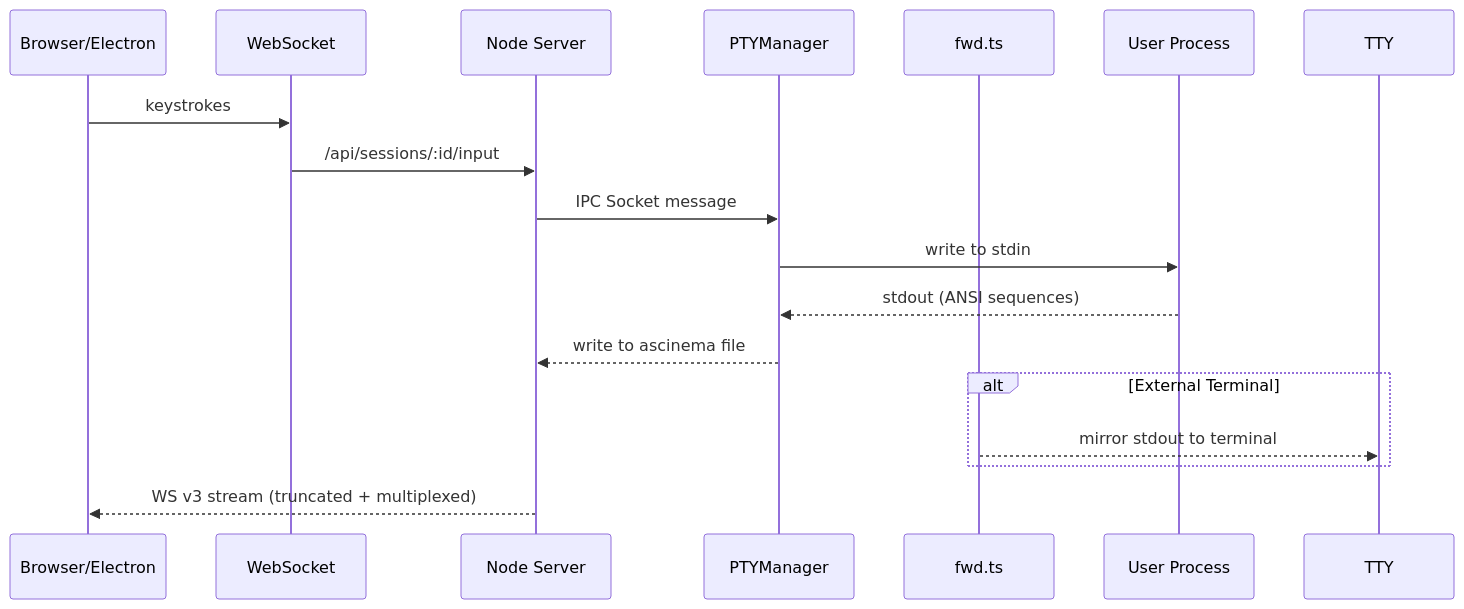
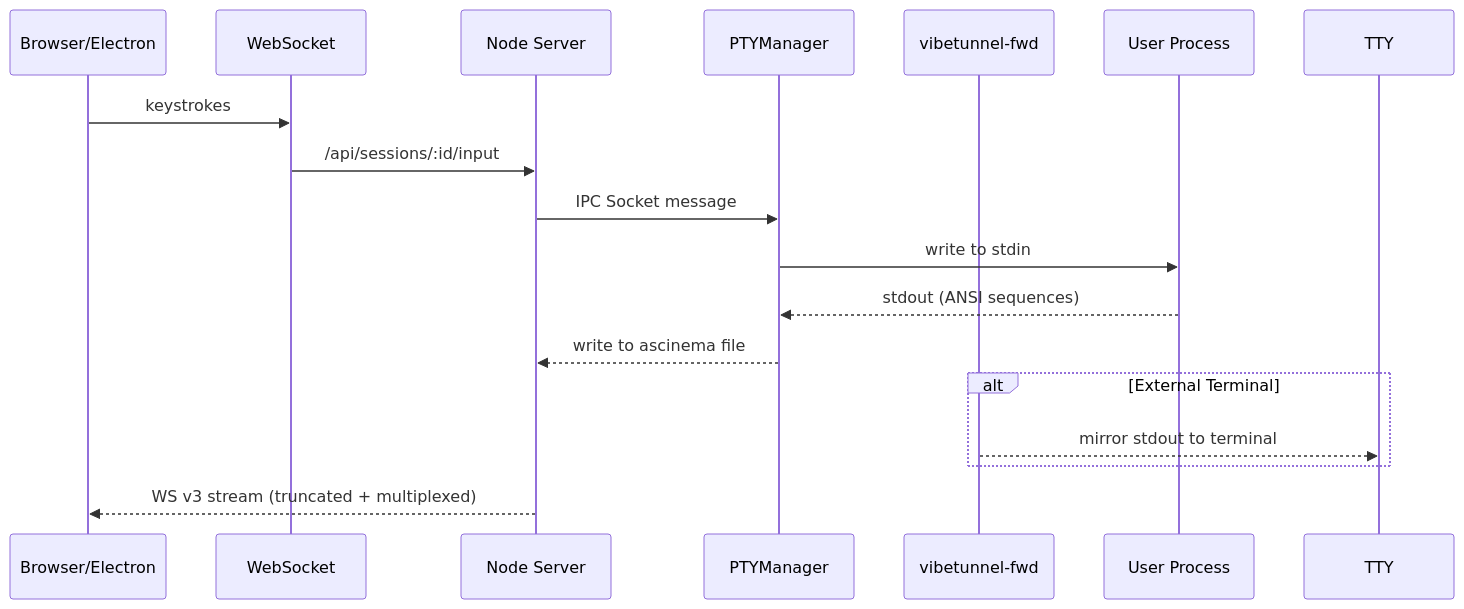
The diagram in docs/architecture-mario.md (millord237/vibetunnel), drawn with Mermaid before and after one commit. The commit also changed other lines of this file and 17 other files, not shown here.

````diff
--- a/docs/architecture-mario.md
+++ b/docs/architecture-mario.md
@@ -32,20 +32,20 @@
 ```mermaid
 sequenceDiagram
     participant UI as Browser/Electron
     participant WS as WebSocket
     participant Server as Node Server
     participant PTY as PTYManager
-    participant FWD as fwd.ts
+    participant FWD as vibetunnel-fwd
     participant Proc as User Process
     
     UI->>WS: keystrokes
     WS->>Server: /api/sessions/:id/input
     Server->>PTY: IPC Socket message
     PTY->>Proc: write to stdin
     Proc-->>PTY: stdout (ANSI sequences)
     PTY-->>Server: write to ascinema file
     alt External Terminal
         FWD-->>TTY: mirror stdout to terminal
     end
     Server-->>UI: WS v3 stream (truncated + multiplexed)
 ```
````
